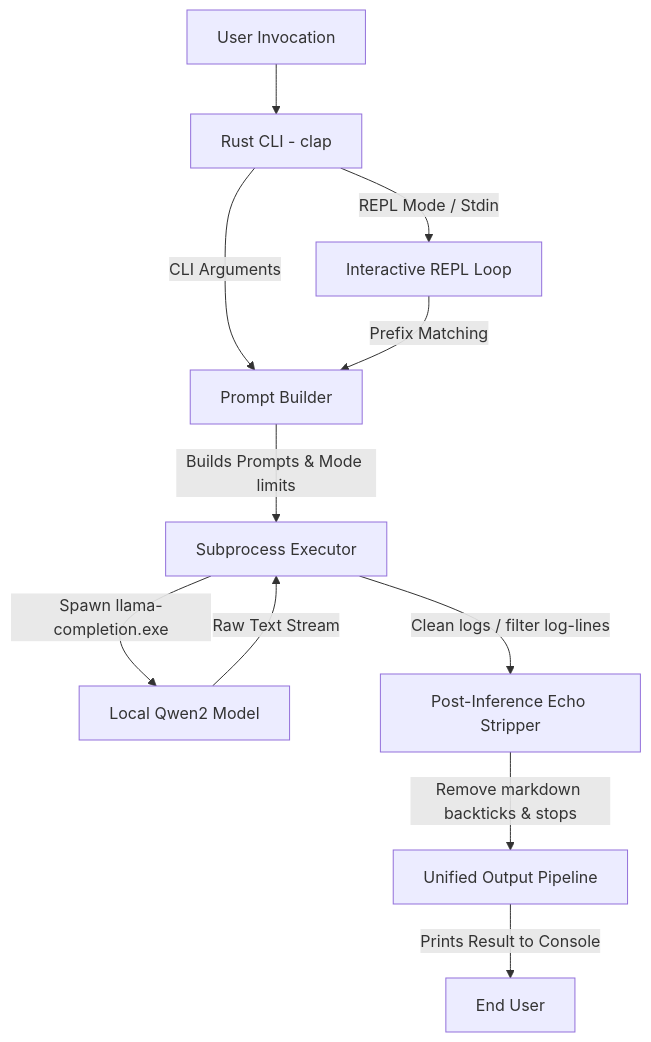
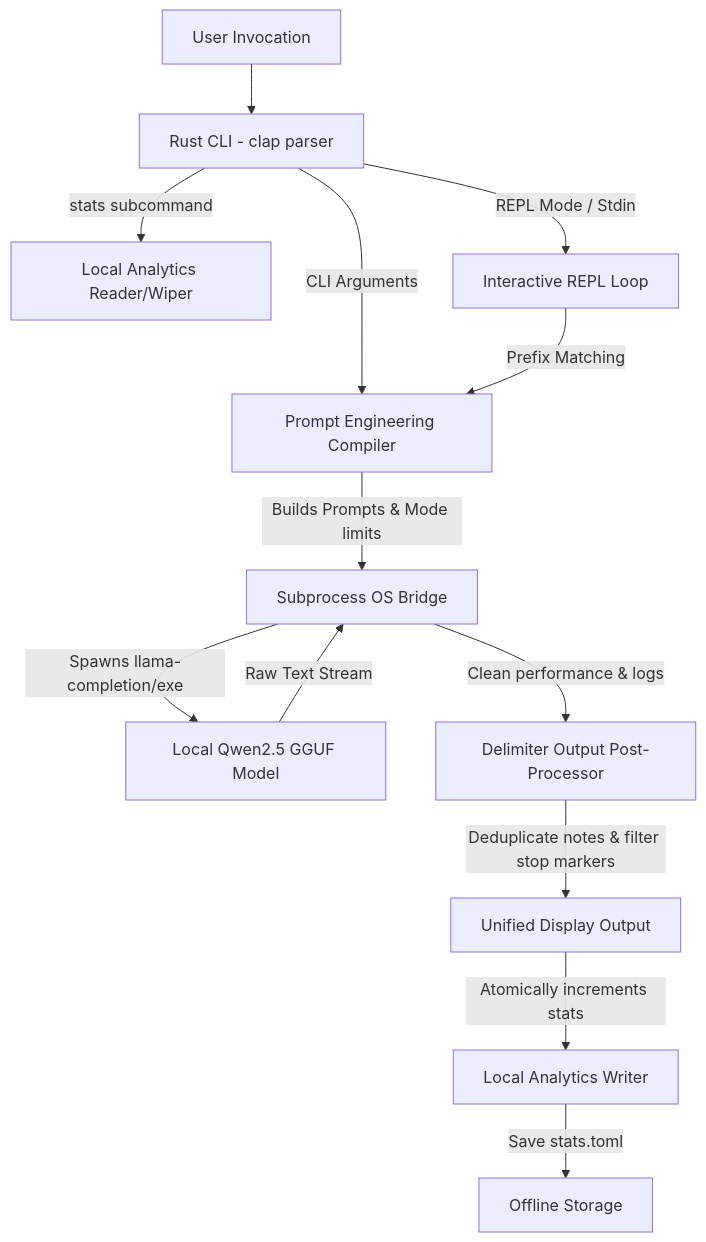
One commit to DevWizard-Vandan/radhe-ai changed the first of 2 diagrams in ARCHITECTURE.md. Above: the diagram before and after it, drawn with Mermaid. The commit also changed other lines of this file and 3 other files, not shown here.

Commit message:
docs: upgrade all project guides, architecture sheets, and release dashboard to v0.7.1

````diff
--- a/ARCHITECTURE.md
+++ b/ARCHITECTURE.md
@@ -11,13 +11,15 @@
 ```mermaid
 graph TD
-    A[User Invocation] --> B[Rust CLI - clap]
-    B -->|REPL Mode / Stdin| C[Interactive REPL Loop]
-    B -->|CLI Arguments| D[Prompt Builder]
-    C -->|Prefix Matching| D
-    D -->|Builds Prompts & Mode limits| E[Subprocess Executor]
-    E -->|Spawn llama-completion.exe| F[Local Qwen2 Model]
-    F -->|Raw Text Stream| E
-    E -->|Clean logs / filter log-lines| G[Post-Inference Echo Stripper]
-    G -->|Remove markdown backticks & stops| H[Unified Output Pipeline]
-    H -->|Prints Result to Console| I[End User]
+    A[User Invocation] --> B[Rust CLI - clap parser]
+    B -->|stats subcommand| C[Local Analytics Reader/Wiper]
+    B -->|REPL Mode / Stdin| D[Interactive REPL Loop]
+    B -->|CLI Arguments| E[Prompt Engineering Compiler]
+    D -->|Prefix Matching| E
+    E -->|Builds Prompts & Mode limits| F[Subprocess OS Bridge]
+    F -->|Spawns llama-completion/exe| G[Local Qwen2.5 GGUF Model]
+    G -->|Raw Text Stream| F
+    F -->|Clean performance & logs| H[Delimiter Output Post-Processor]
+    H -->|Deduplicate notes & filter stop markers| I[Unified Display Output]
+    I -->|Atomically increments stats| J[Local Analytics Writer]
+    J -->|Save stats.toml| K[Offline Storage]
 ```
````
